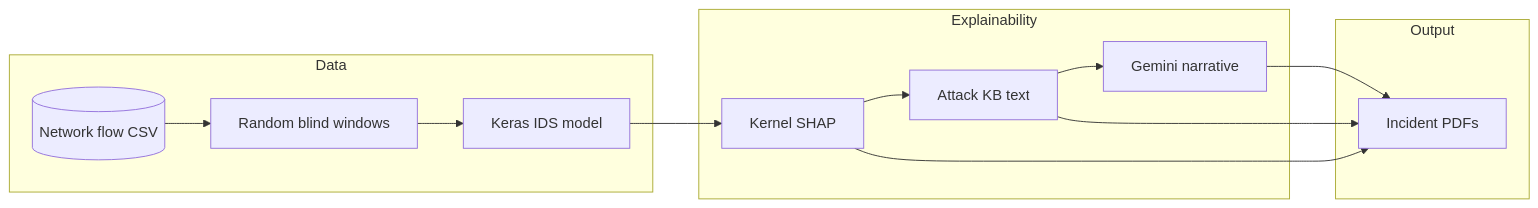
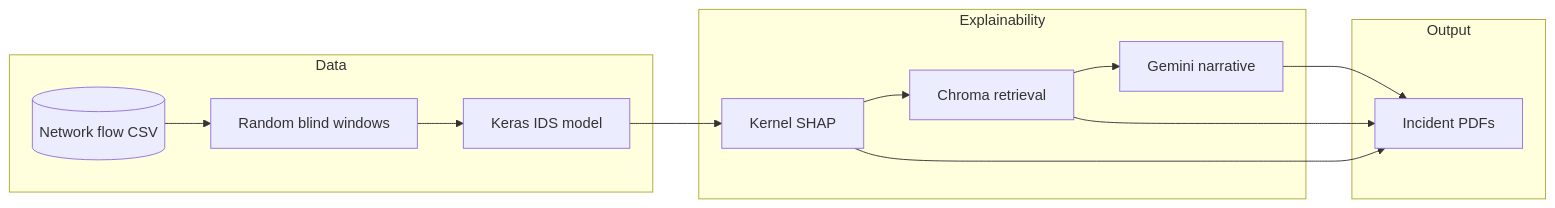
One commit to MuhamedElockly/Explainability-System changed the diagram in README.md. Above: the diagram before and after it, drawn with Mermaid. The commit also changed other lines of this file and 22 other files, not shown here.

First line of the commit message:
Add Chroma RAG, attack sample export, and RAG_SYSTEM documentation

````diff
--- a/README.md
+++ b/README.md
@@ -23,18 +25,18 @@
 ```mermaid
 flowchart LR
   CSV[(Network flow CSV)]
   subgraph ingest [Data]
     CSV --> Blind[Random blind windows]
     Blind --> Model[Keras IDS model]
   end
   subgraph explain [Explainability]
     Model --> SHAP[Kernel SHAP]
-    SHAP --> RAG[Attack KB text]
+    SHAP --> RAG[Chroma retrieval]
     RAG --> Gemini[Gemini narrative]
   end
   subgraph out [Output]
     Gemini --> PDF[Incident PDFs]
     SHAP --> PDF
     RAG --> PDF
   end
 ```
````
